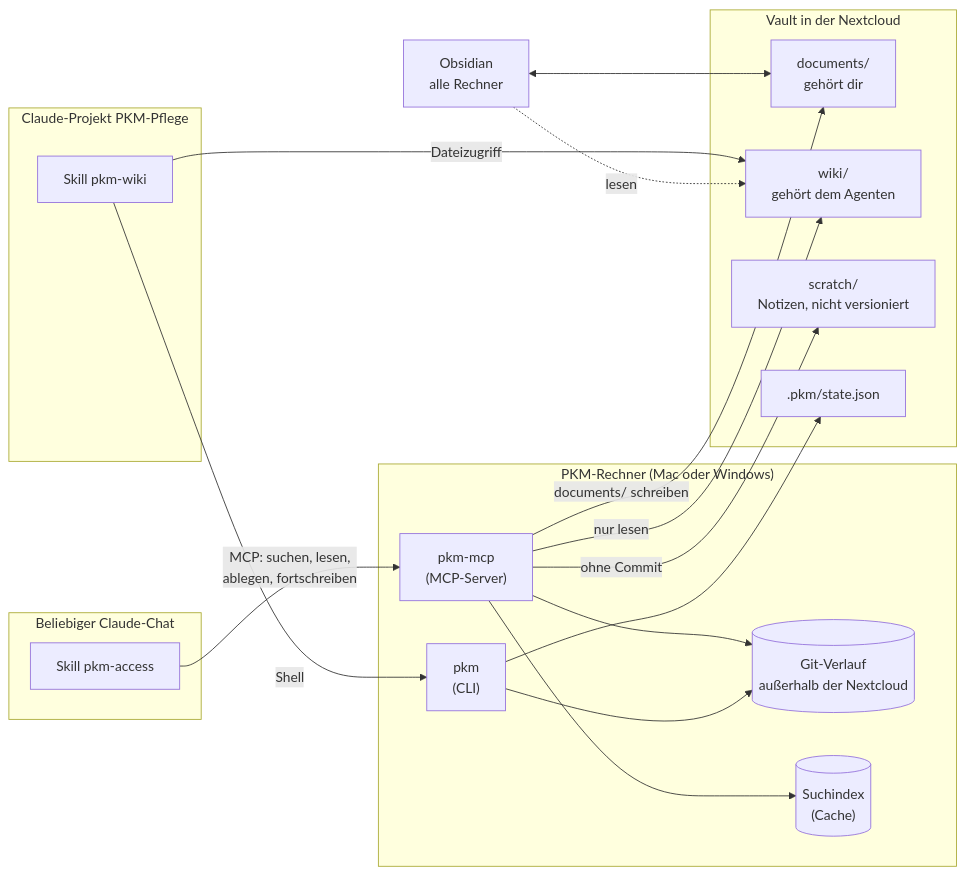
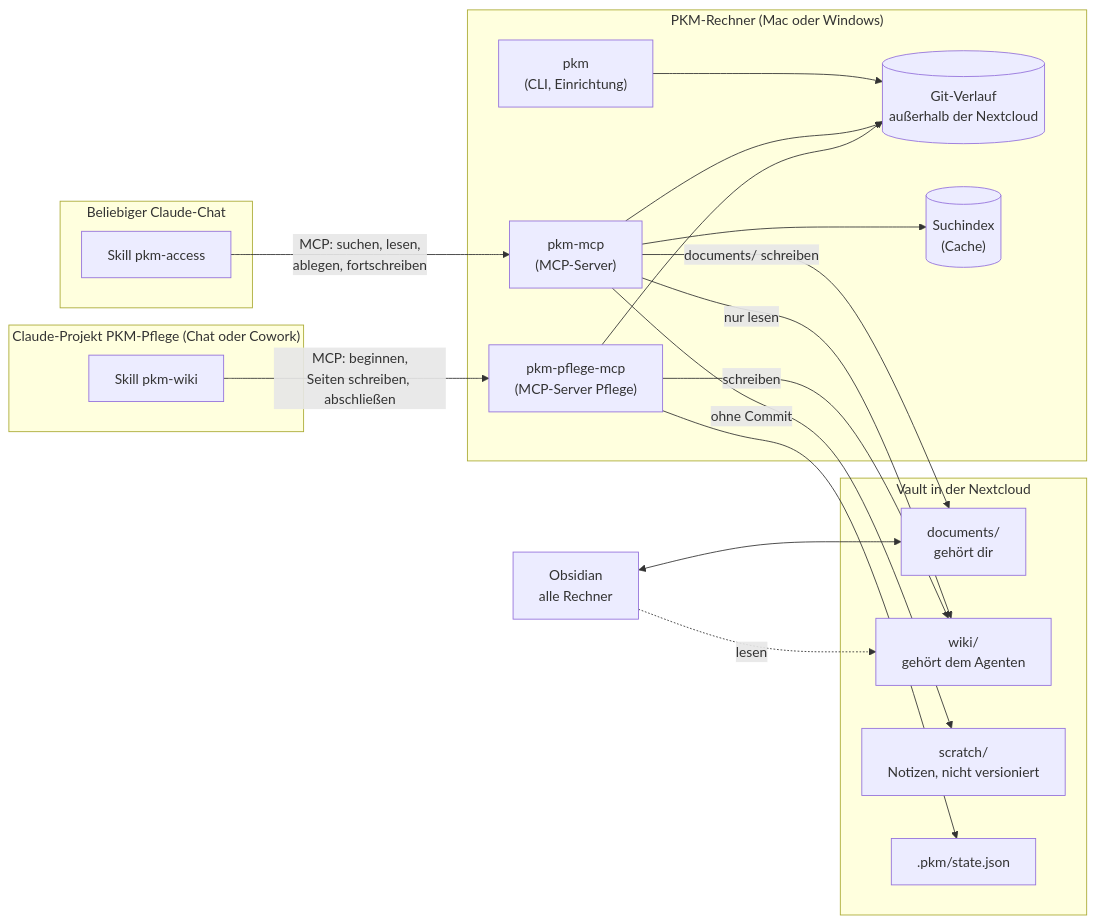
Before and after one commit to achim0x/pkm-llm-wiki: the first of 4 diagrams in README.md, drawn with Mermaid. The commit also changed other lines of this file and 10 other files, not shown here.

First line of the commit message:
Add pkm-pflege MCP server for wiki maintenance

````diff
--- a/README.md
+++ b/README.md
@@ -131,35 +131,37 @@
 ```mermaid
 flowchart LR
     subgraph Chats["Beliebiger Claude-Chat"]
         A["Skill pkm-access"]
     end
-    subgraph Projekt["Claude-Projekt PKM-Pflege"]
+    subgraph Projekt["Claude-Projekt PKM-Pflege (Chat oder Cowork)"]
         B["Skill pkm-wiki"]
     end
     subgraph Mac["PKM-Rechner (Mac oder Windows)"]
         M["pkm-mcp<br/>(MCP-Server)"]
-        C["pkm<br/>(CLI)"]
+        P["pkm-pflege-mcp<br/>(MCP-Server Pflege)"]
+        C["pkm<br/>(CLI, Einrichtung)"]
         G[("Git-Verlauf<br/>außerhalb der Nextcloud")]
         I[("Suchindex<br/>(Cache)")]
     end
     subgraph Vault["Vault in der Nextcloud"]
         D["documents/<br/>gehört dir"]
         W["wiki/<br/>gehört dem Agenten"]
         X["scratch/<br/>Notizen, nicht versioniert"]
         S[".pkm/state.json"]
     end
     O["Obsidian<br/>alle Rechner"]
 
     A -- "MCP: suchen, lesen,<br/>ablegen, fortschreiben" --> M
-    B -- "Shell" --> C
-    B -- "Dateizugriff" --> W
+    B -- "MCP: beginnen,<br/>Seiten schreiben, abschließen" --> P
+    P -- "schreiben" --> W
+    P --> G
     M -- "documents/ schreiben" --> D
     M -- "ohne Commit" --> X
     M -- "nur lesen" --> W
     M --> G
     M --> I
+    P --> S
     C --> G
-    C --> S
     O <--> D
     O -. "lesen" .-> W
 ```
````
